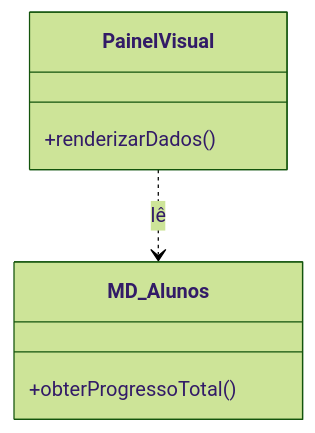
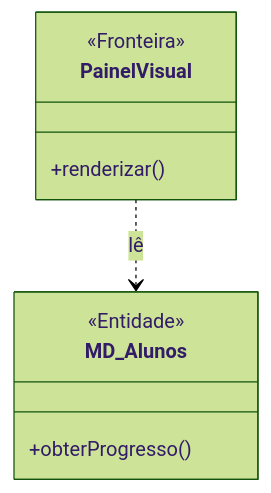
The first of 2 diagrams in PIM_III/02_Modelagem_UML_Astah/UC14_Visualizar_Painel_Progresso/README.md (MayconDIS/PIM_III-Documentacao_UML), drawn with Mermaid (forest theme) before and after one commit. The commit also changed other lines of this file and 17 other files, not shown here.

````diff
--- a/PIM_III/02_Modelagem_UML_Astah/UC14_Visualizar_Painel_Progresso/README.md
+++ b/PIM_III/02_Modelagem_UML_Astah/UC14_Visualizar_Painel_Progresso/README.md
@@ -31,10 +29,12 @@
 ```mermaid
 classDiagram
     class PainelVisual {
-        +renderizarDados()
+        <<Fronteira>>
+        +renderizar()
     }
     class MD_Alunos {
-        +obterProgressoTotal()
+        <<Entidade>>
+        +obterProgresso()
     }
     PainelVisual ..> MD_Alunos : lê
 ```
````
